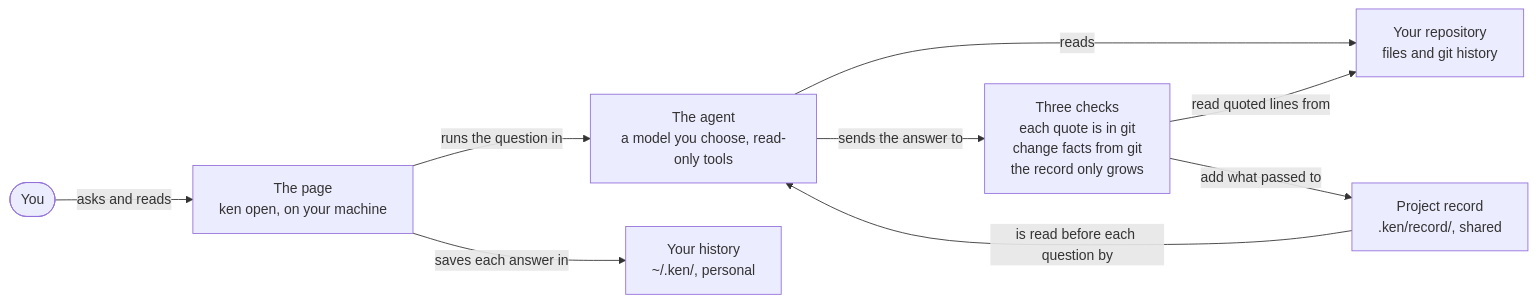
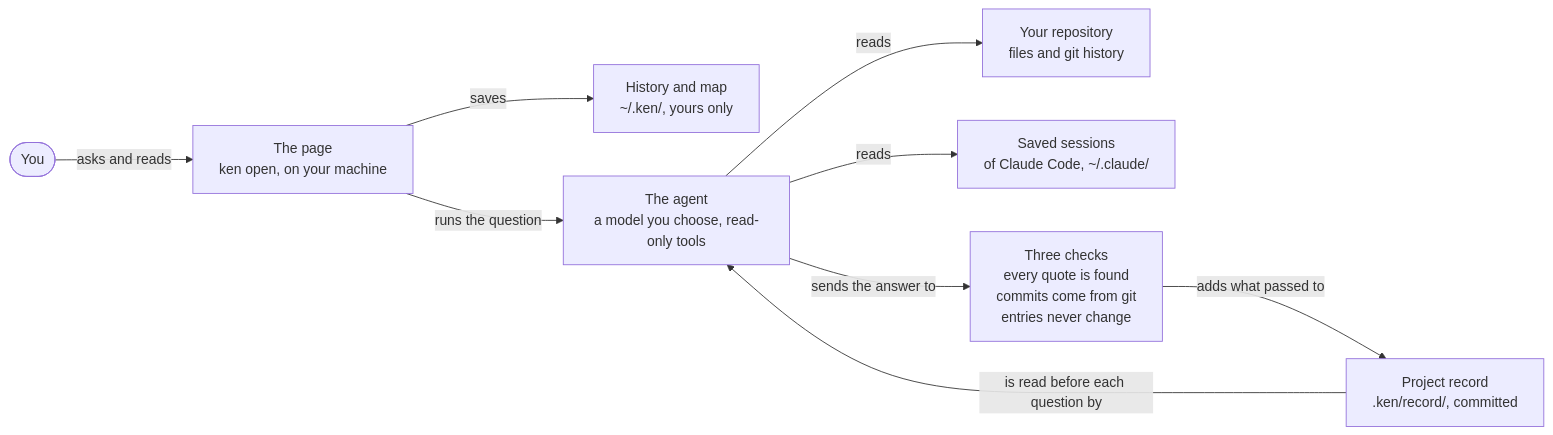
One commit to krimvp/ken changed the diagram in README.md. Above: the diagram before and after it, drawn with Mermaid. The commit also changed other lines of this file and 5 other files, not shown here.

First line of the commit message:
docs: README says what ken does today and how its test came out, with the new screenshots

````diff
--- a/README.md
+++ b/README.md
@@ -35,18 +30,19 @@
 ```mermaid
 flowchart LR
   reader(["You"])
   page["The page<br/>ken open, on your machine"]
+  history["History and map<br/>~/.ken/, yours only"]
   agent["The agent<br/>a model you choose, read-only tools"]
   repo["Your repository<br/>files and git history"]
-  checks["Three checks<br/>each quote is in git<br/>change facts from git<br/>the record only grows"]
-  record["Project record<br/>.ken/record/, shared"]
-  history["Your history<br/>~/.ken/, personal"]
+  sessions["Saved sessions<br/>of Claude Code, ~/.claude/"]
+  checks["Three checks<br/>every quote is found<br/>commits come from git<br/>entries never change"]
+  record["Project record<br/>.ken/record/, committed"]
   reader -->|asks and reads| page
-  page -->|runs the question in| agent
+  page -->|saves| history
+  page -->|runs the question| agent
   agent -->|reads| repo
+  agent -->|reads| sessions
   agent -->|sends the answer to| checks
-  checks -->|read quoted lines from| repo
-  checks -->|add what passed to| record
+  checks -->|adds what passed to| record
   record -->|is read before each question by| agent
-  page -->|saves each answer in| history
 ```
````
